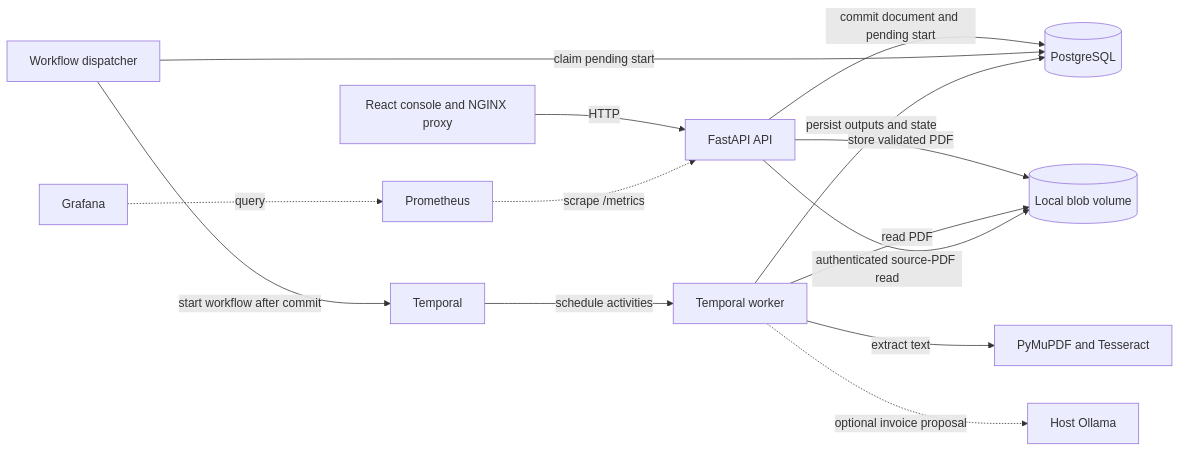
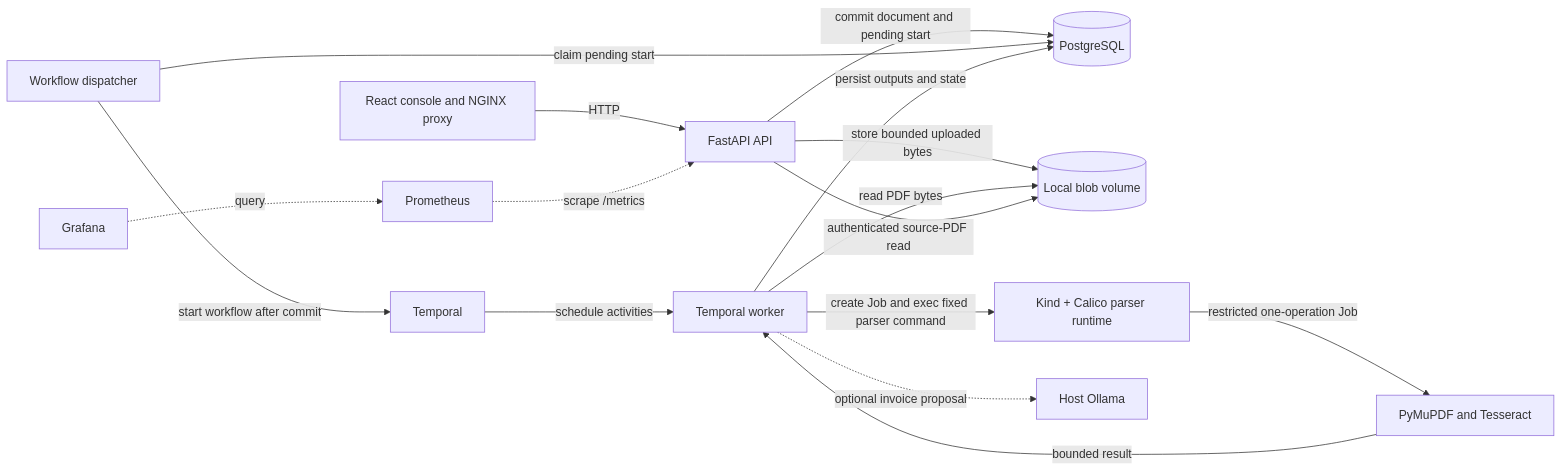
The first of 16 diagrams in docs/architecture.md (PietroRussoD/ai-document-processing-platform), drawn with Mermaid before and after one commit. The commit also changed other lines of this file, not shown here.

Commit message:
📝 Document isolated parser architecture

````diff
--- a/docs/architecture.md
+++ b/docs/architecture.md
@@ -23,16 +24,18 @@
 ```mermaid
 flowchart LR
     Console[React console and NGINX proxy] -->|HTTP| API[FastAPI API]
     API -->|commit document and pending start| PostgreSQL[(PostgreSQL)]
-    API -->|store validated PDF| Storage[(Local blob volume)]
+    API -->|store bounded uploaded bytes| Storage[(Local blob volume)]
     Dispatcher[Workflow dispatcher] -->|claim pending start| PostgreSQL
     Dispatcher -->|start workflow after commit| Temporal[Temporal]
     Temporal -->|schedule activities| Worker[Temporal worker]
-    Worker -->|read PDF| Storage
+    Worker -->|read PDF bytes| Storage
     Worker -->|persist outputs and state| PostgreSQL
-    Worker -->|extract text| PDF[PyMuPDF and Tesseract]
+    Worker -->|create Job and exec fixed parser command| Runtime[Kind + Calico parser runtime]
+    Runtime -->|restricted one-operation Job| Parser[PyMuPDF and Tesseract]
+    Parser -->|bounded result| Worker
     Worker -.->|optional invoice proposal| Ollama[Host Ollama]
     API -->|authenticated source-PDF read| Storage
     Prometheus[Prometheus] -.->|scrape /metrics| API
     Grafana[Grafana] -.->|query| Prometheus
 ```
````
